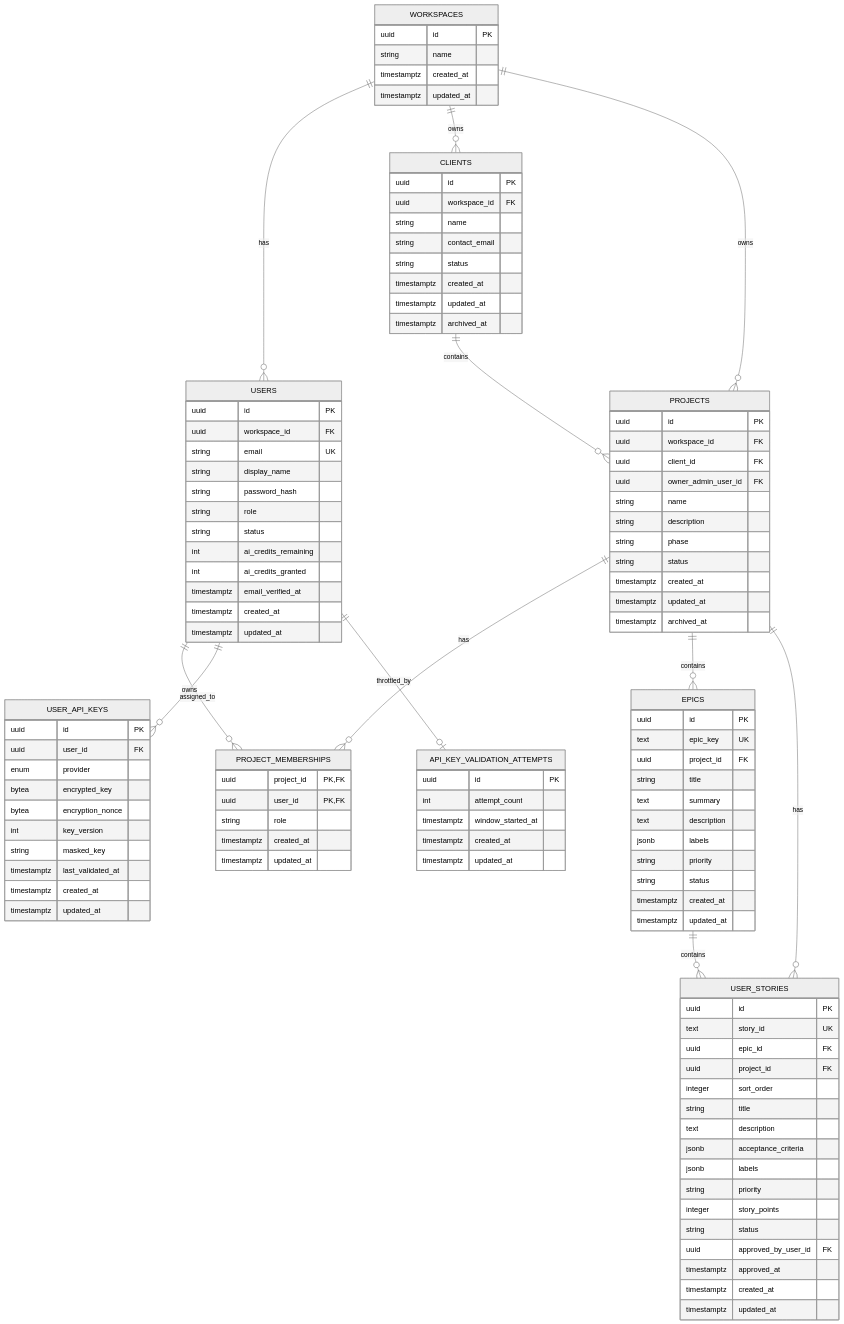
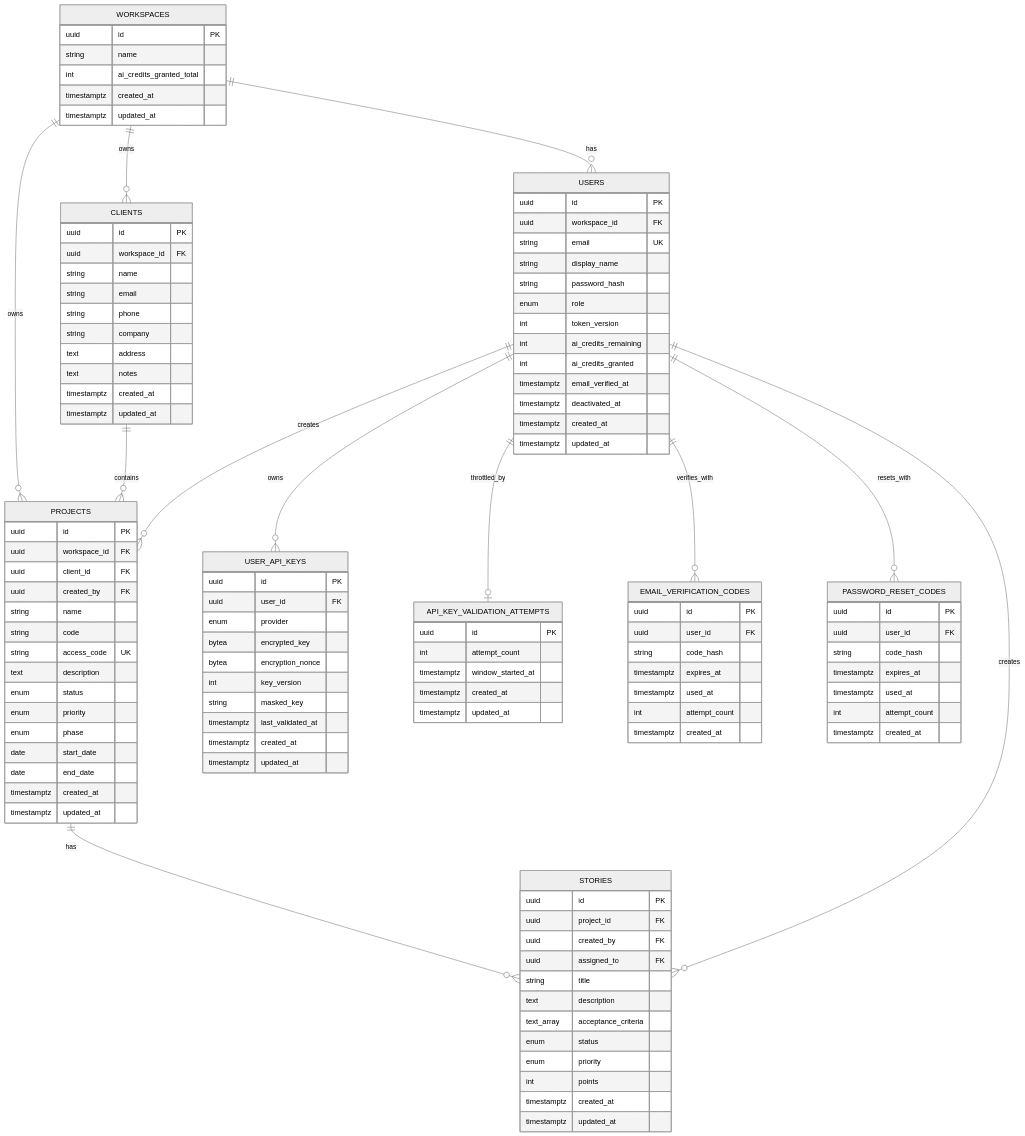
Before and after one commit to alonsovndev/open-projects-hub-docs: the diagram in docs/03-architecture/database/database-design.md, drawn with Mermaid (neutral theme). The commit also changed other lines of this file and 26 other files, not shown here.

First line of the commit message:
docs: align architecture and ADRs with as-built workspace tenancy

````diff
--- a/docs/03-architecture/database/database-design.md
+++ b/docs/03-architecture/database/database-design.md
@@ -70,18 +75,19 @@
     WORKSPACES ||--o{ USERS : has
     WORKSPACES ||--o{ CLIENTS : owns
     WORKSPACES ||--o{ PROJECTS : owns
-    USERS ||--o{ PROJECT_MEMBERSHIPS : assigned_to
-    PROJECTS ||--o{ PROJECT_MEMBERSHIPS : has
     CLIENTS ||--o{ PROJECTS : contains
-    PROJECTS ||--o{ EPICS : contains
-    EPICS ||--o{ USER_STORIES : contains
-    PROJECTS ||--o{ USER_STORIES : has
+    USERS ||--o{ PROJECTS : creates
+    PROJECTS ||--o{ STORIES : has
+    USERS ||--o{ STORIES : creates
     USERS ||--o{ USER_API_KEYS : owns
     USERS ||--o| API_KEY_VALIDATION_ATTEMPTS : throttled_by
+    USERS ||--o{ EMAIL_VERIFICATION_CODES : verifies_with
+    USERS ||--o{ PASSWORD_RESET_CODES : resets_with
 
     WORKSPACES {
         uuid id PK
         string name
+        int ai_credits_granted_total
         timestamptz created_at
         timestamptz updated_at
     }
@@ -92,11 +98,58 @@
         string email UK
         string display_name
         string password_hash
-        string role
-        string status
+        enum role
+        int token_version
         int ai_credits_remaining
         int ai_credits_granted
         timestamptz email_verified_at
+        timestamptz deactivated_at
+        timestamptz created_at
+        timestamptz updated_at
+    }
+
+    CLIENTS {
+        uuid id PK
+        uuid workspace_id FK
+        string name
+        string email
+        string phone
+        string company
+        text address
+        text notes
+        timestamptz created_at
+        timestamptz updated_at
+    }
+
+    PROJECTS {
+        uuid id PK
+        uuid workspace_id FK
+        uuid client_id FK
+        uuid created_by FK
+        string name
+        string code
+        string access_code UK
+        text description
+        enum status
+        enum priority
+        enum phase
+        date start_date
+        date end_date
+        timestamptz created_at
+        timestamptz updated_at
+    }
+
+    STORIES {
+        uuid id PK
+        uuid project_id FK
+        uuid created_by FK
+        uuid assigned_to FK
+        string title
+        text description
+        text_array acceptance_criteria
+        enum status
+        enum priority
+        int points
         timestamptz created_at
         timestamptz updated_at
     }
@@ -122,69 +175,23 @@
         timestamptz updated_at
     }
 
-    CLIENTS {
+    EMAIL_VERIFICATION_CODES {
         uuid id PK
-        uuid workspace_id FK
-        string name
-        string contact_email
-        string status
+        uuid user_id FK
+        string code_hash
+        timestamptz expires_at
+        timestamptz used_at
+        int attempt_count
         timestamptz created_at
-        timestamptz updated_at
-        timestamptz archived_at
     }
 
-    PROJECTS {
+    PASSWORD_RESET_CODES {
         uuid id PK
-        uuid workspace_id FK
-        uuid client_id FK
-        uuid owner_admin_user_id FK
-        string name
-        string description
-        string phase
-        string status
+        uuid user_id FK
+        string code_hash
+        timestamptz expires_at
+        timestamptz used_at
+        int attempt_count
         timestamptz created_at
-        timestamptz updated_at
-        timestamptz archived_at
-    }
-
-    PROJECT_MEMBERSHIPS {
-        uuid project_id PK,FK
-        uuid user_id PK,FK
-        string role
-        timestamptz created_at
-        timestamptz updated_at
-    }
-
-    EPICS {
-        uuid id PK
-        text epic_key UK
-        uuid project_id FK
-        string title
-        text summary
-        text description
-        jsonb labels
-        string priority
-        string status
-        timestamptz created_at
-        timestamptz updated_at
-    }
-
-    USER_STORIES {
-        uuid id PK
-        text story_id UK
-        uuid epic_id FK
-        uuid project_id FK
-        integer sort_order
-        string title
-        text description
-        jsonb acceptance_criteria
-        jsonb labels
-        string priority
-        integer story_points
-        string status
-        uuid approved_by_user_id FK
-        timestamptz approved_at
-        timestamptz created_at
-        timestamptz updated_at
     }
 ```
````
